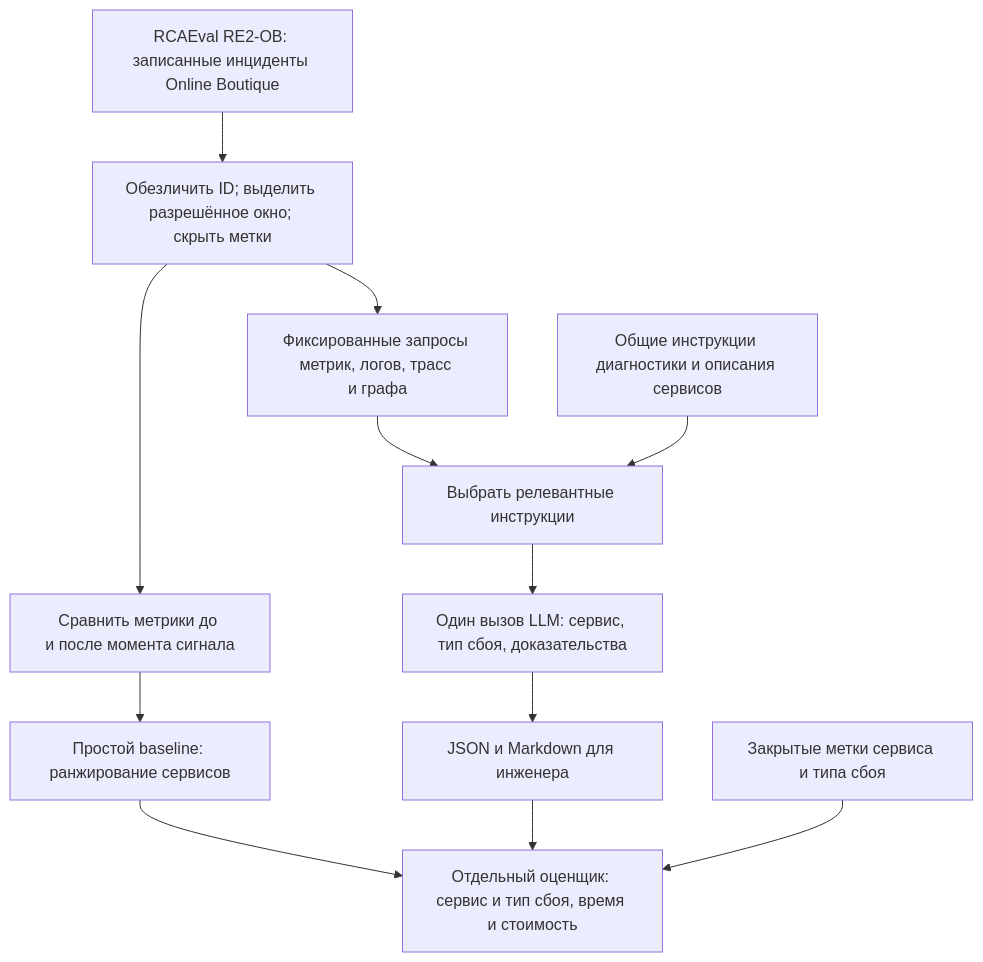
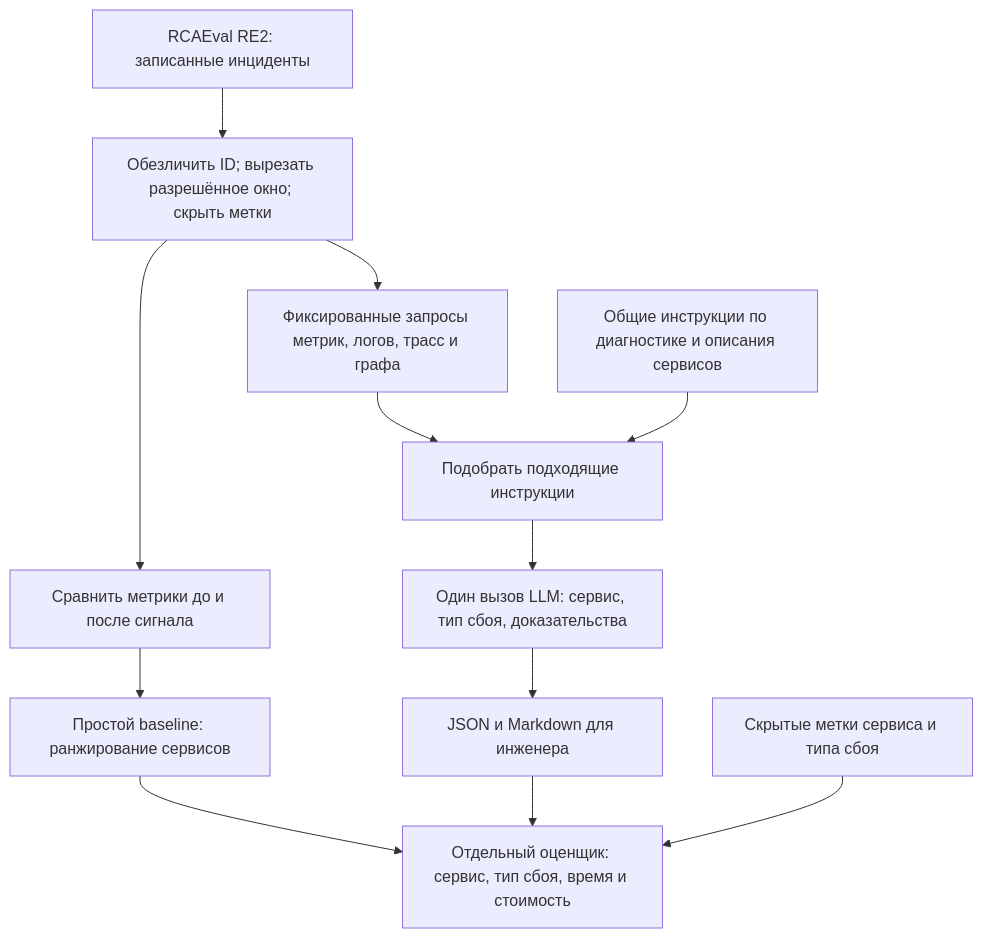
Before and after one commit to germanKoch/MLSD_2026: the first of 2 diagrams in docs/ml_system_design_doc.md, drawn with Mermaid. The commit also changed other lines of this file, not shown here.

````diff
--- a/docs/ml_system_design_doc.md
+++ b/docs/ml_system_design_doc.md
@@ -70,19 +70,19 @@
 ```mermaid
 flowchart TD
-    Raw["RCAEval RE2-OB: записанные инциденты Online Boutique"]
-    Prep["Обезличить ID; выделить разрешённое окно; скрыть метки"]
-    Metrics["Сравнить метрики до и после момента сигнала"]
+    Raw["RCAEval RE2: записанные инциденты"]
+    Prep["Обезличить ID; вырезать разрешённое окно; скрыть метки"]
+    Metrics["Сравнить метрики до и после сигнала"]
     Simple["Простой baseline: ранжирование сервисов"]
-    Fixed["Фиксированные запросы метрик, логов, трасс и графа"]
-    KB["Общие инструкции диагностики и описания сервисов"]
-    Search["Выбрать релевантные инструкции"]
+    Fixed["Фиксированные запросы метрик, логов, трасс и графа"]
+    KB["Общие инструкции по диагностике и описания сервисов"]
+    Search["Подобрать подходящие инструкции"]
     LLM["Один вызов LLM: сервис, тип сбоя, доказательства"]
-    Report["JSON и Markdown для инженера"]
-    Labels["Закрытые метки сервиса и типа сбоя"]
-    Eval["Отдельный оценщик: сервис и тип сбоя, время и стоимость"]
+    Report["JSON и Markdown для инженера"]
+    Labels["Скрытые метки сервиса и типа сбоя"]
+    Eval["Отдельный оценщик: сервис, тип сбоя, время и стоимость"]
     Raw --> Prep
     Prep --> Metrics --> Simple --> Eval
     Prep --> Fixed --> Search --> LLM --> Report --> Eval
     KB --> Search
     Labels --> Eval
 ```
````
